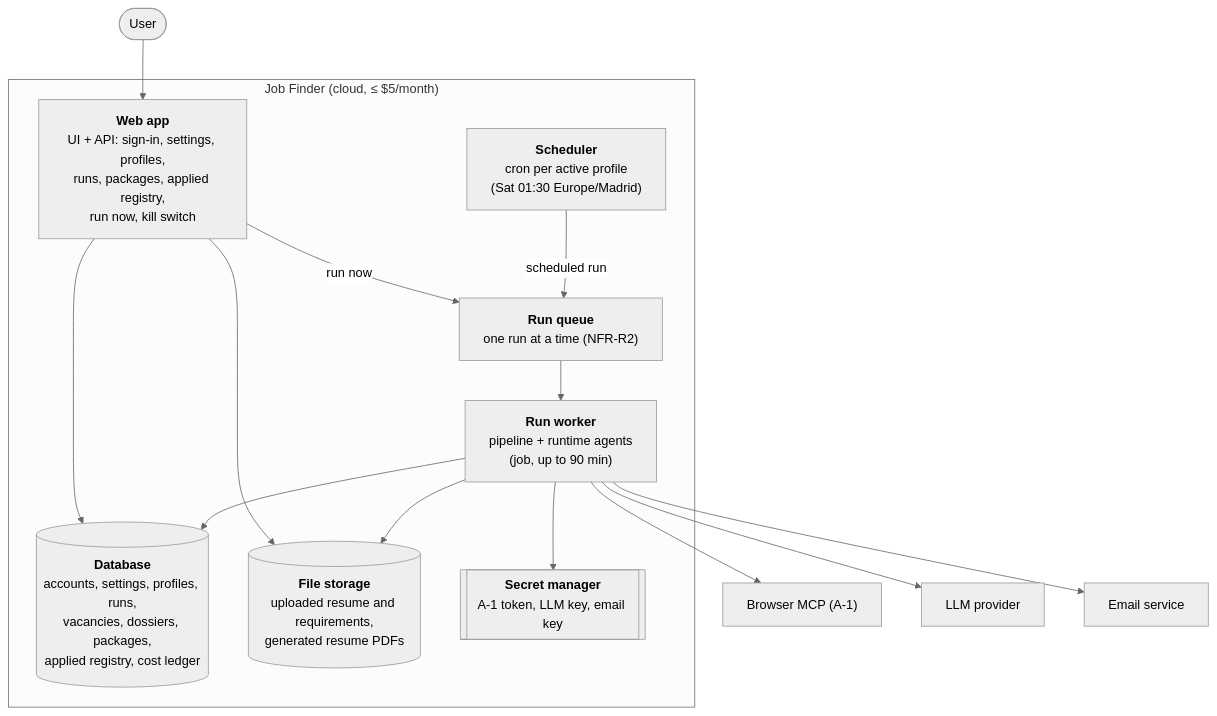
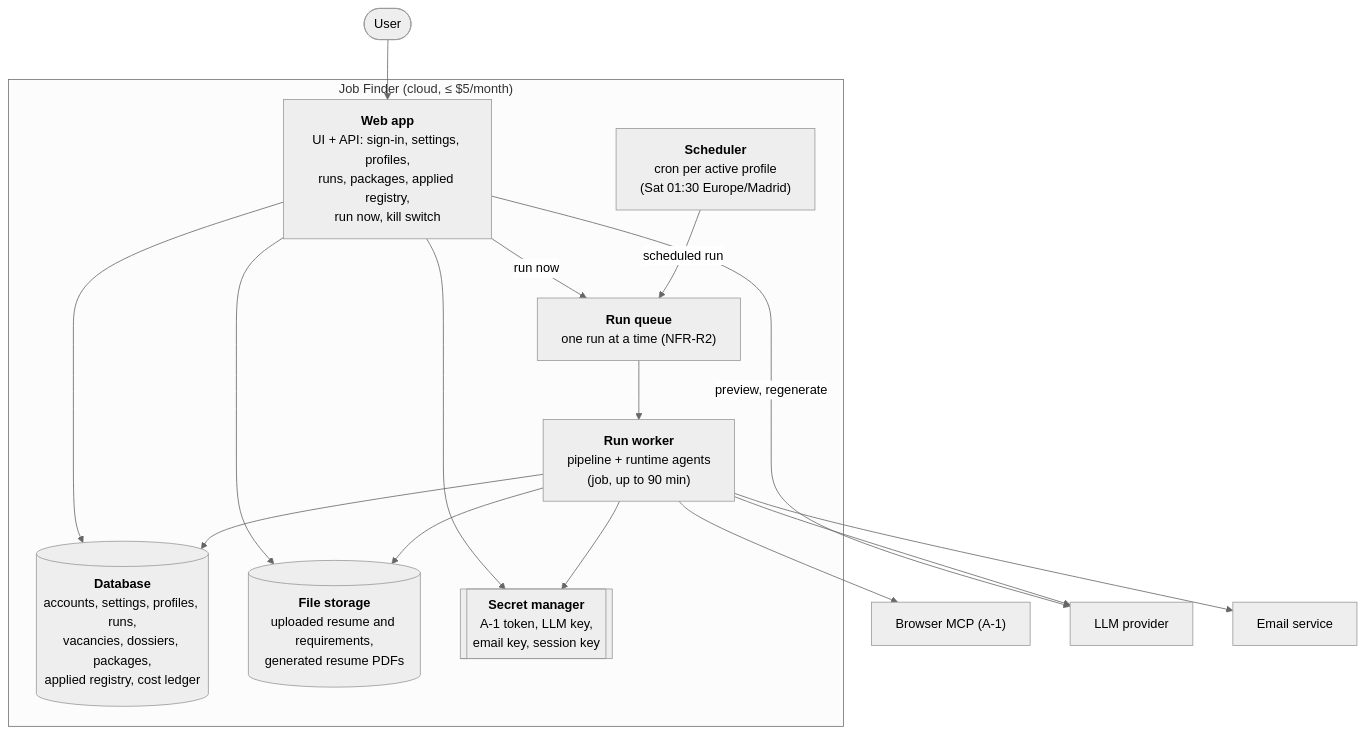
Before and after one commit to ArtemenkoAndrii/job-assistant: the second of 5 diagrams in docs/architecture.md, drawn with Mermaid (neutral theme). The commit also changed other lines of this file, not shown here.

First line of the commit message:
Architecture draft: fixes from the verifier

````diff
--- a/docs/architecture.md
+++ b/docs/architecture.md
@@ -43,31 +43,33 @@
 ```mermaid
 flowchart TB
     user(["User"])
 
     subgraph cloud["Job Finder (cloud, ≤ $5/month)"]
         web["<b>Web app</b><br/>UI + API: sign-in, settings, profiles,<br/>runs, packages, applied registry,<br/>run now, kill switch"]
         sched["<b>Scheduler</b><br/>cron per active profile<br/>(Sat 01:30 Europe/Madrid)"]
         queue["<b>Run queue</b><br/>one run at a time (NFR-R2)"]
         worker["<b>Run worker</b><br/>pipeline + runtime agents<br/>(job, up to 90 min)"]
         db[("<b>Database</b><br/>accounts, settings, profiles, runs,<br/>vacancies, dossiers, packages,<br/>applied registry, cost ledger")]
         files[("<b>File storage</b><br/>uploaded resume and requirements,<br/>generated resume PDFs")]
-        secrets[["<b>Secret manager</b><br/>A-1 token, LLM key, email key"]]
+        secrets[["<b>Secret manager</b><br/>A-1 token, LLM key,<br/>email key, session key"]]
     end
 
     a1["Browser MCP (A-1)"]
     llm["LLM provider"]
     mail["Email service"]
 
     user --> web
     web --> db
     web --> files
+    web --> secrets
+    web -- "preview, regenerate" --> llm
     web -- "run now" --> queue
     sched -- "scheduled run" --> queue
     queue --> worker
     worker --> db
     worker --> files
     worker --> secrets
     worker --> a1
     worker --> llm
     worker --> mail
 ```
````
